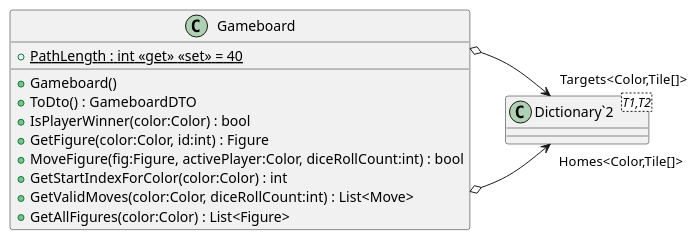
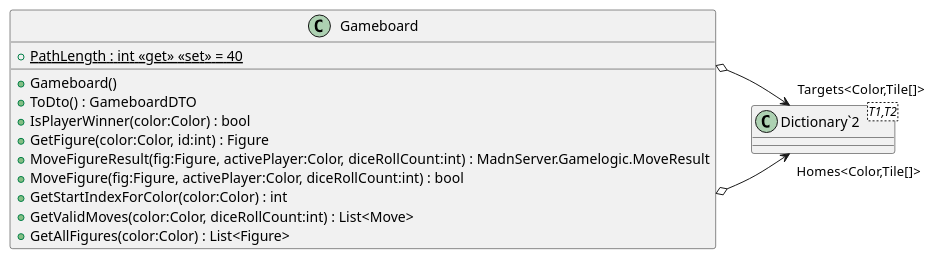
The diagram in Uml/MadnServer/Gamelogic/Gameboard.puml (denmasch/Mensch-aergere-dich-nicht), drawn with PlantUML before and after one commit. The commit also changed 19 other files, not shown here.

Commit message:
refresh uml diagrams

```diff
--- a/Uml/MadnServer/Gamelogic/Gameboard.puml
+++ b/Uml/MadnServer/Gamelogic/Gameboard.puml
@@ -1,17 +1,18 @@
 @startuml
 class Gameboard {
     + {static} PathLength : int <<get>> <<set>> = 40
     + Gameboard()
     + ToDto() : GameboardDTO
     + IsPlayerWinner(color:Color) : bool
     + GetFigure(color:Color, id:int) : Figure
+    + MoveFigureResult(fig:Figure, activePlayer:Color, diceRollCount:int) : MadnServer.Gamelogic.MoveResult
     + MoveFigure(fig:Figure, activePlayer:Color, diceRollCount:int) : bool
     + GetStartIndexForColor(color:Color) : int
     + GetValidMoves(color:Color, diceRollCount:int) : List<Move>
     + GetAllFigures(color:Color) : List<Figure>
 }
 class "Dictionary`2"<T1,T2> {
 }
 Gameboard o-> "Homes<Color,Tile[]>" "Dictionary`2"
 Gameboard o-> "Targets<Color,Tile[]>" "Dictionary`2"
 @enduml
```
